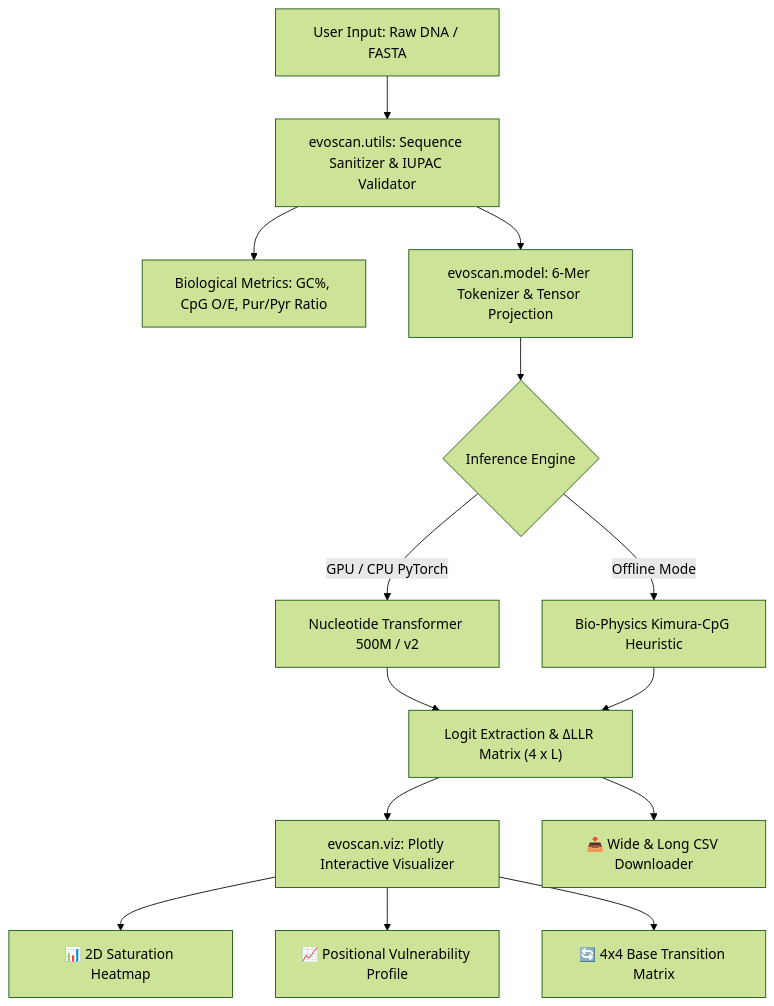
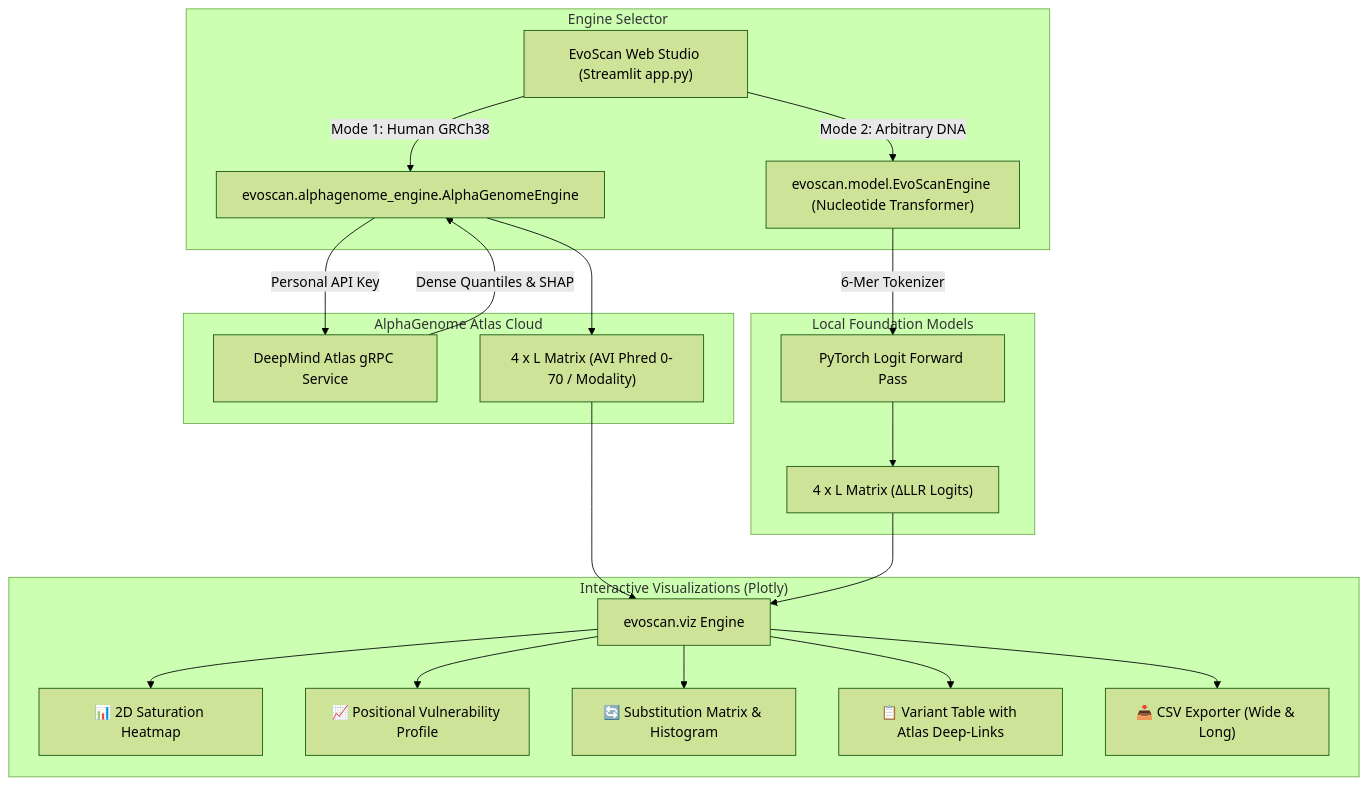
One commit to davide6600/EvoScan changed the diagram in README.md. Above: the diagram before and after it, drawn with Mermaid (forest theme). The commit also changed other lines of this file and 12 other files, not shown here.

First line of the commit message:
feat: integrate Google DeepMind AlphaGenome Atlas engine into EvoScan

````diff
--- a/README.md
+++ b/README.md
@@ -112,16 +102,30 @@
 ```mermaid
 flowchart TD
-    A["User Input: Raw DNA / FASTA"] --> B["evoscan.utils: Sequence Sanitizer & IUPAC Validator"]
-    B --> C["Biological Metrics: GC%, CpG O/E, Pur/Pyr Ratio"]
-    B --> D["evoscan.model: 6-Mer Tokenizer & Tensor Projection"]
-    D --> E{"Inference Engine"}
-    E -->|"GPU / CPU PyTorch"| F["Nucleotide Transformer 500M / v2"]
-    E -->|"Offline Mode"| G["Bio-Physics Kimura-CpG Heuristic"]
-    F --> H["Logit Extraction & ΔLLR Matrix (4 x L)"]
-    G --> H
-    H --> I["evoscan.viz: Plotly Interactive Visualizer"]
-    I --> J["📊 2D Saturation Heatmap"]
-    I --> K["📈 Positional Vulnerability Profile"]
-    I --> L["🔄 4x4 Base Transition Matrix"]
-    H --> M["📥 Wide & Long CSV Downloader"]
+    UI["EvoScan Web Studio (Streamlit app.py)"]
+    
+    subgraph "Engine Selector"
+        UI -->|Mode 1: Human GRCh38| AG["evoscan.alphagenome_engine.AlphaGenomeEngine"]
+        UI -->|Mode 2: Arbitrary DNA| NT["evoscan.model.EvoScanEngine (Nucleotide Transformer)"]
+    end
+    
+    subgraph "AlphaGenome Atlas Cloud"
+        AG -->|Personal API Key| gRPC["DeepMind Atlas gRPC Service"]
+        gRPC -->|Dense Quantiles & SHAP| AG
+        AG --> MatrixAG["4 x L Matrix (AVI Phred 0-70 / Modality)"]
+    end
+    
+    subgraph "Local Foundation Models"
+        NT -->|6-Mer Tokenizer| Torch["PyTorch Logit Forward Pass"]
+        Torch --> MatrixNT["4 x L Matrix (ΔLLR Logits)"]
+    end
+    
+    subgraph "Interactive Visualizations (Plotly)"
+        MatrixAG --> Viz["evoscan.viz Engine"]
+        MatrixNT --> Viz
+        Viz --> Heatmap["📊 2D Saturation Heatmap"]
+        Viz --> Profile["📈 Positional Vulnerability Profile"]
+        Viz --> Dist["🔄 Substitution Matrix & Histogram"]
+        Viz --> Table["📋 Variant Table with Atlas Deep-Links"]
+        Viz --> Export["📥 CSV Exporter (Wide & Long)"]
+    end
 ```
````
